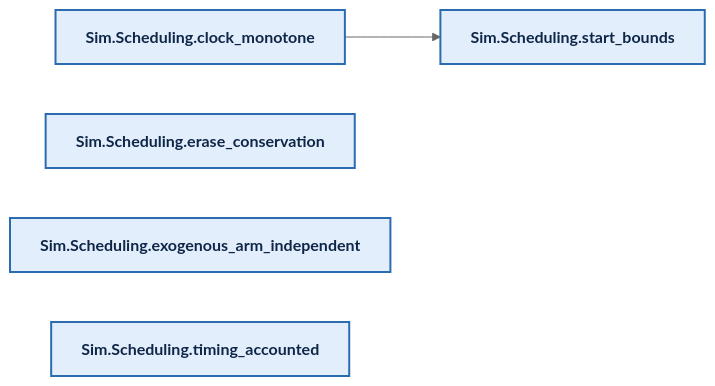
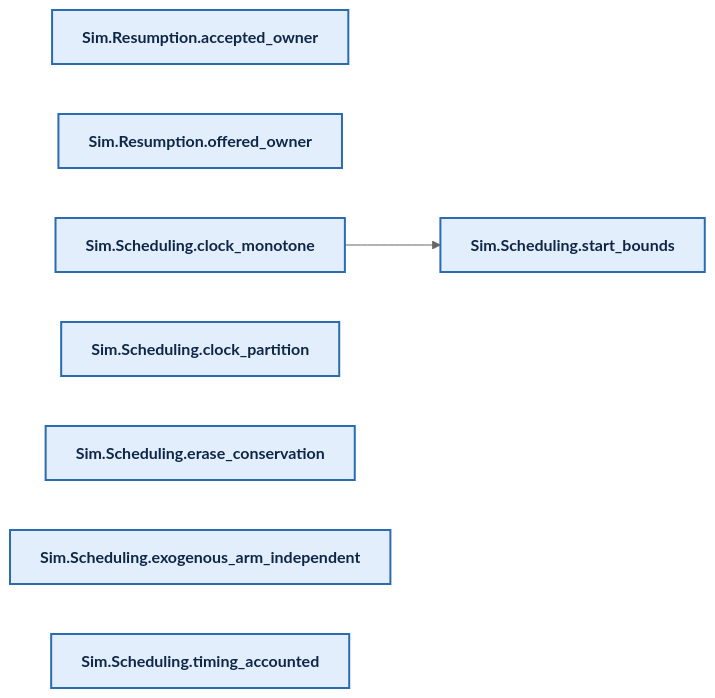
Before and after one commit to saithat/VGI-Health: the eighth of 9 diagrams in docs/proof-map.md, drawn with Mermaid (neutral theme). The commit also changed other lines of this file and 3 other files, not shown here.

````diff
--- a/docs/proof-map.md
+++ b/docs/proof-map.md
@@ -846,12 +848,15 @@
 ```mermaid
 flowchart LR
-  n0["Sim.Scheduling.clock_monotone"]:::head
-  n1["Sim.Scheduling.erase_conservation"]:::head
-  n2["Sim.Scheduling.exogenous_arm_independent"]:::head
-  n3["Sim.Scheduling.start_bounds"]:::head
-  n4["Sim.Scheduling.timing_accounted"]:::head
-  n0 --> n3
+  n0["Sim.Resumption.accepted_owner"]:::head
+  n1["Sim.Resumption.offered_owner"]:::head
+  n2["Sim.Scheduling.clock_monotone"]:::head
+  n3["Sim.Scheduling.clock_partition"]:::head
+  n4["Sim.Scheduling.erase_conservation"]:::head
+  n5["Sim.Scheduling.exogenous_arm_independent"]:::head
+  n6["Sim.Scheduling.start_bounds"]:::head
+  n7["Sim.Scheduling.timing_accounted"]:::head
+  n2 --> n6
   classDef head fill:#e3eefc,stroke:#2b6cb0,stroke-width:2px,color:#0f2747,font-weight:bold
   classDef lemma fill:#ffffff,stroke:#8a94a6,color:#1f2937
   classDef other fill:#f4f4f5,stroke:#a1a1aa,stroke-dasharray:4 3,color:#3f3f46
 ```
````
